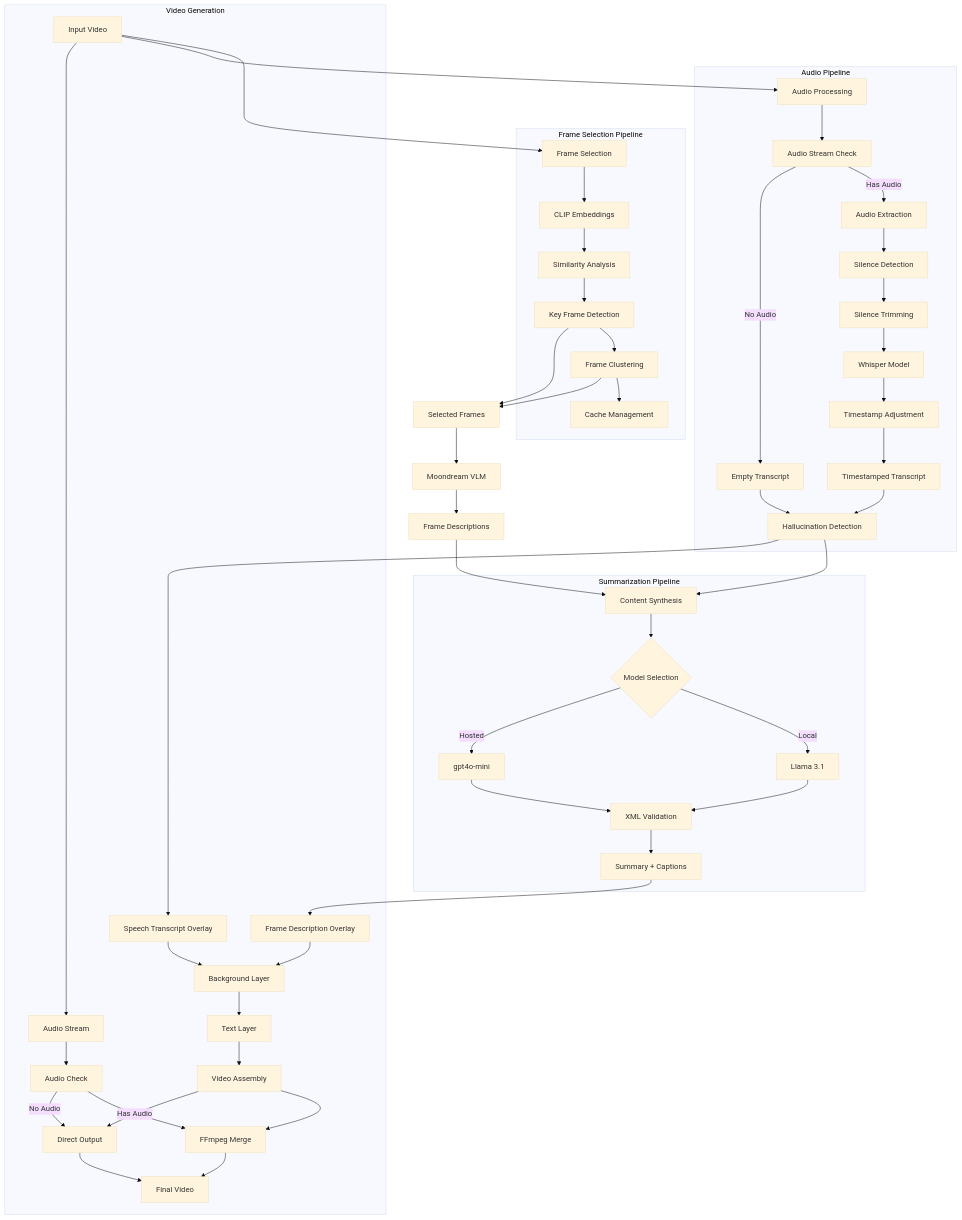
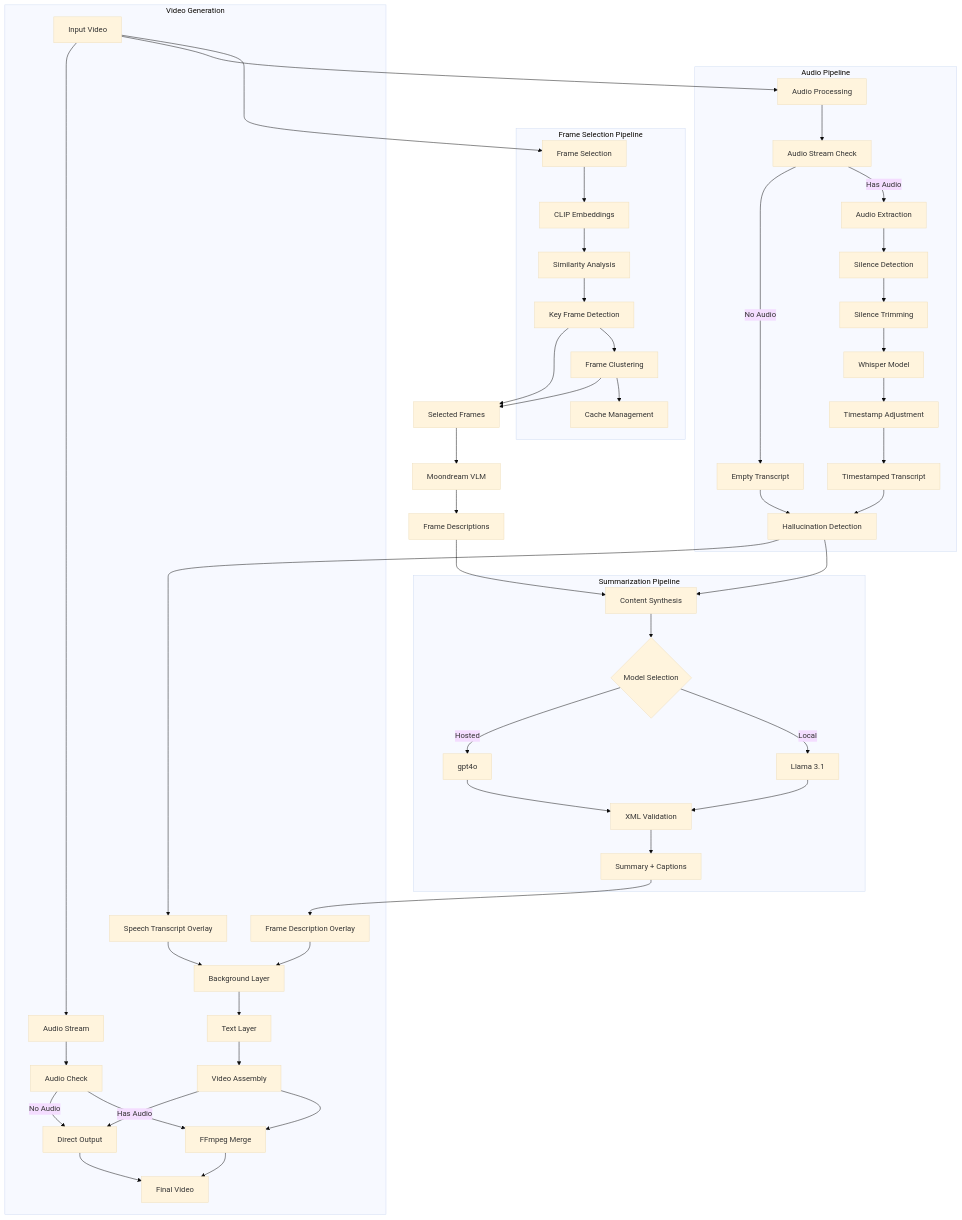
One commit to parsakhaz/video-understanding-engine changed the first of 2 diagrams in README.md. Above: the diagram before and after it, drawn with Mermaid (base theme). The commit also changed other lines of this file and 2 other files, not shown here.

````diff
--- a/README.md
+++ b/README.md
@@ -67,60 +67,60 @@
 ```mermaid
 graph TD
     A[Input Video] --> B[Frame Selection]
     A --> C[Audio Processing]
     
     subgraph "Frame Selection Pipeline"
     B --> D[CLIP Embeddings]
     D --> E[Similarity Analysis]
     E --> F[Key Frame Detection]
     F --> G[Frame Clustering]
     G --> H[Cache Management]
     end
     
     subgraph "Audio Pipeline"
     C --> AA[Audio Stream Check]
     AA -->|Has Audio| AE[Audio Extraction]
     AA -->|No Audio| AB[Empty Transcript]
     AE --> AF[Silence Detection]
     AF --> AG[Silence Trimming]
     AG --> I[Whisper Model]
     I --> AH[Timestamp Adjustment]
     AH --> J[Timestamped Transcript]
     J --> K[Hallucination Detection]
     AB --> K
     end
     
     F --> L[Selected Frames]
     G --> L
     L --> M[Moondream VLM]
     M --> N[Frame Descriptions]
     
     K --> O[Content Synthesis]
     N --> O
     
     subgraph "Summarization Pipeline"
     O --> P{Model Selection}
     P -->|Local| Q[Llama 3.1]
-    P -->|Hosted| R[gpt4o-mini]
+    P -->|Hosted| R[gpt4o]
     Q --> S[XML Validation]
     R --> S
     S --> T[Summary + Captions]
     end
     
     subgraph "Video Generation"
     T --> U[Frame Description Overlay]
     K --> V[Speech Transcript Overlay]
     U --> AI[Background Layer]
     AI --> AJ[Text Layer]
     V --> AI
     AJ --> W[Video Assembly]
     A --> X[Audio Stream]
     X --> AC[Audio Check]
     AC -->|Has Audio| Y[FFmpeg Merge]
     AC -->|No Audio| AD[Direct Output]
     W --> Y
     W --> AD
     Y --> AK[Final Video]
     AD --> AK
     end
 ```
````
